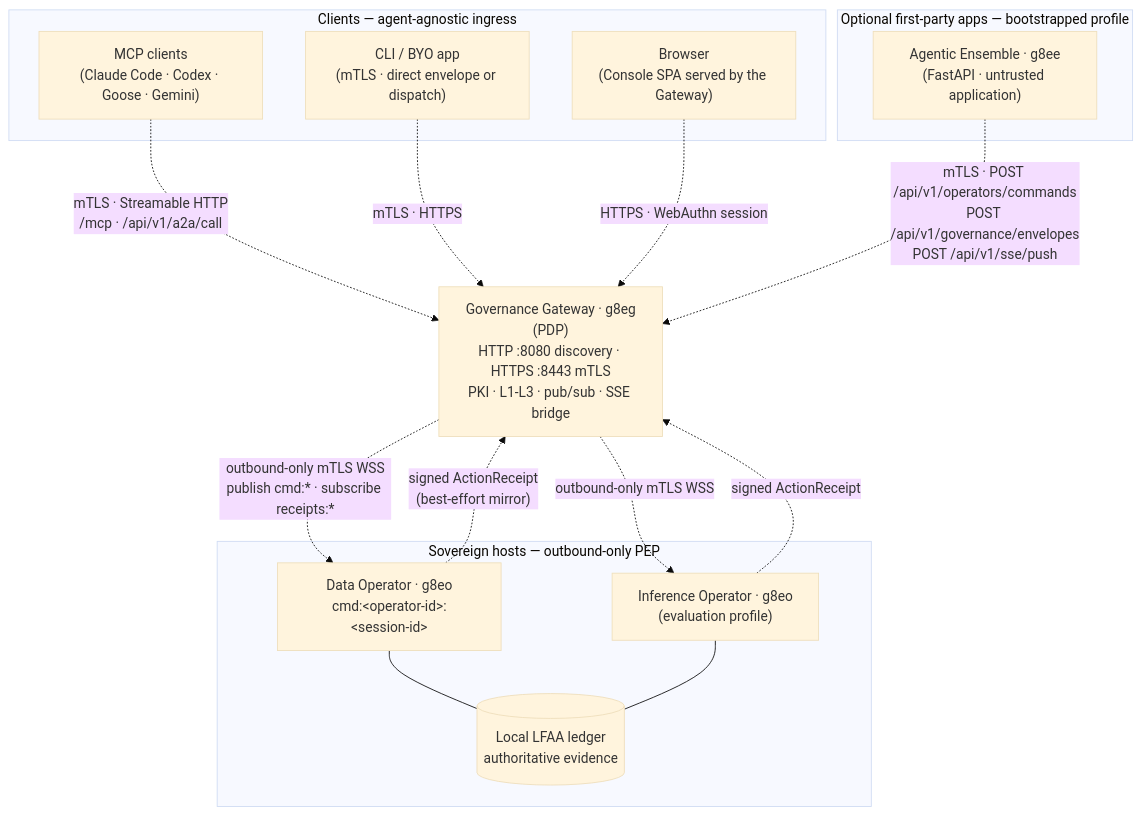
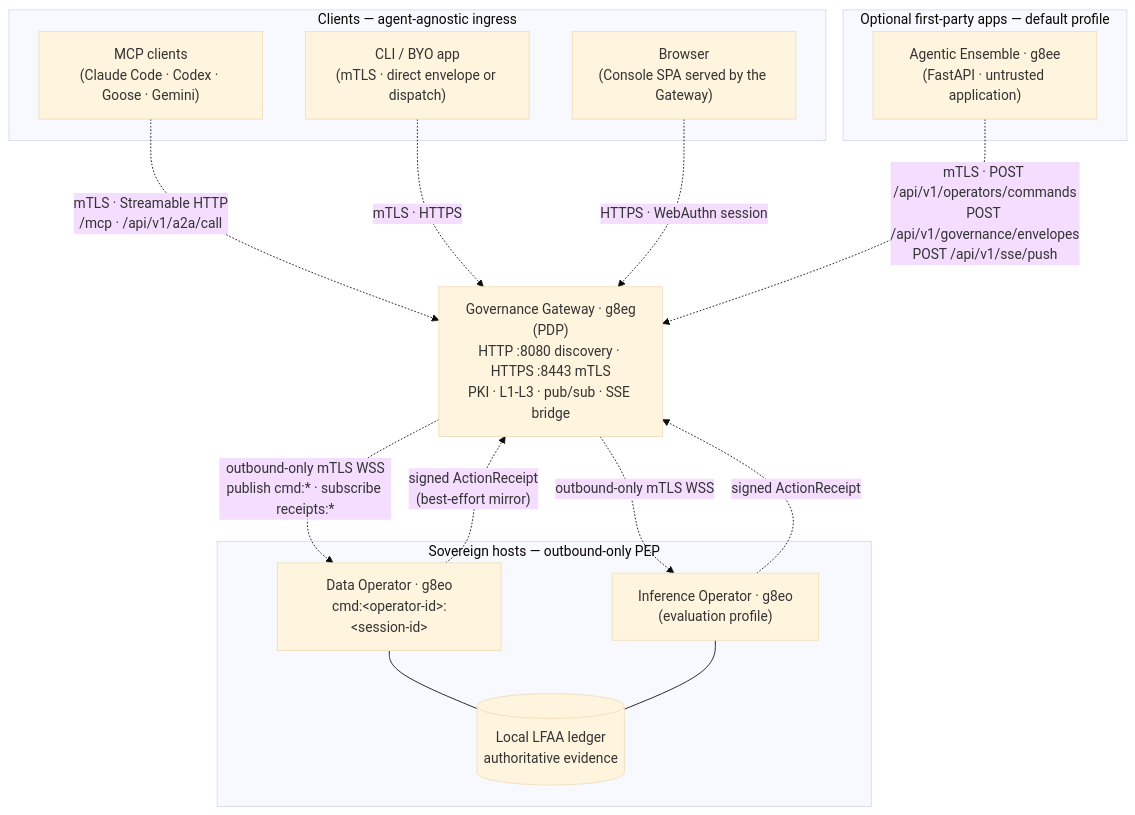
The diagram in docs/diagrams/graph-gateway-fleet-single-host-http-mtls.md (g8e-ai/g8e), drawn with Mermaid (base theme) before and after one commit. The commit also changed 10 other files, not shown here.

````diff
--- a/docs/diagrams/graph-gateway-fleet-single-host-http-mtls.md
+++ b/docs/diagrams/graph-gateway-fleet-single-host-http-mtls.md
@@ -5,33 +5,33 @@
 ```mermaid
 graph TD
     subgraph Clients ["Clients — agent-agnostic ingress"]
         MCP["MCP clients<br/>(Claude Code · Codex · Goose · Gemini)"]
         CLI["CLI / BYO app<br/>(mTLS · direct envelope or dispatch)"]
         Browser["Browser<br/>(Console SPA served by the Gateway)"]
     end
 
-    subgraph Apps ["Optional first-party apps — bootstrapped profile"]
+    subgraph Apps ["Optional first-party apps — default profile"]
         EE["Agentic Ensemble · g8ee<br/>(FastAPI · untrusted application)"]
     end
 
     GW["Governance Gateway · g8eg<br/>(PDP)<br/>HTTP :8080 discovery · HTTPS :8443 mTLS<br/>PKI · L1-L3 · pub/sub · SSE bridge"]
 
     subgraph Fleet ["Sovereign hosts — outbound-only PEP"]
         O1["Data Operator · g8eo<br/>cmd:&lt;operator-id&gt;:&lt;session-id&gt;"]
         O2["Inference Operator · g8eo<br/>(evaluation profile)"]
         D1[("Local LFAA ledger<br/>authoritative evidence")]
         O1 --- D1
         O2 --- D1
     end
 
     MCP -. "mTLS · Streamable HTTP<br/>/mcp · /api/v1/a2a/call" .-> GW
     CLI -. "mTLS · HTTPS" .-> GW
     Browser -. "HTTPS · WebAuthn session" .-> GW
 
     EE -. "mTLS · POST /api/v1/operators/commands<br/>POST /api/v1/governance/envelopes<br/>POST /api/v1/sse/push" .-> GW
 
     GW -. "outbound-only mTLS WSS<br/>publish cmd:* · subscribe receipts:*" .-> O1
     GW -. "outbound-only mTLS WSS" .-> O2
     O1 -. "signed ActionReceipt<br/>(best-effort mirror)" .-> GW
     O2 -. "signed ActionReceipt" .-> GW
 ```
````
